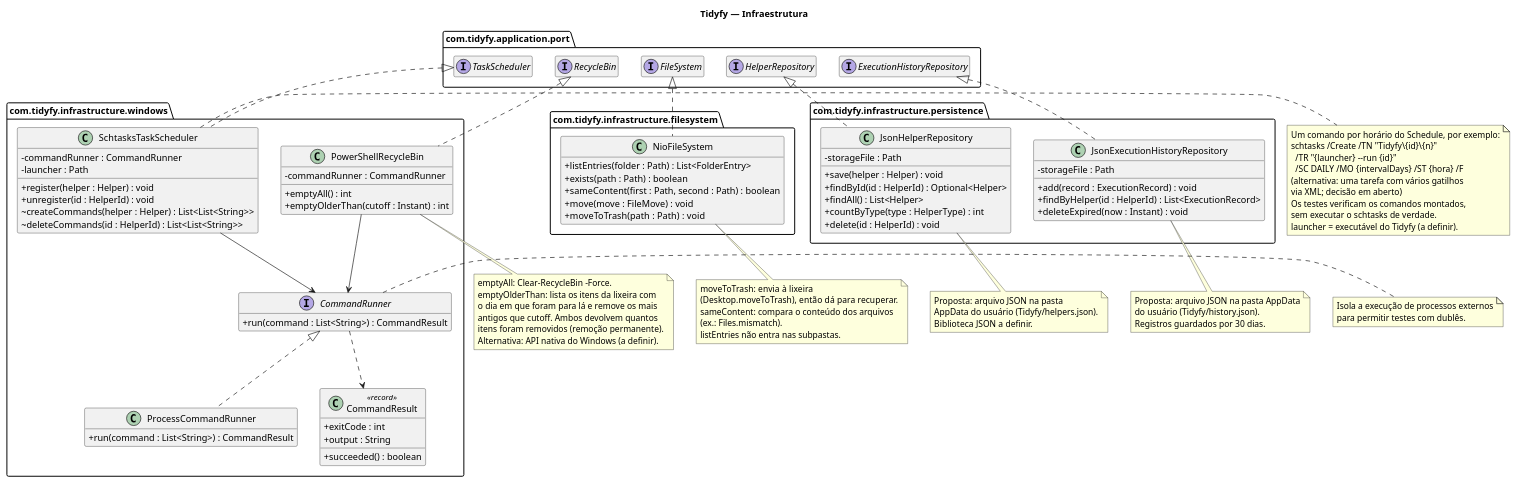
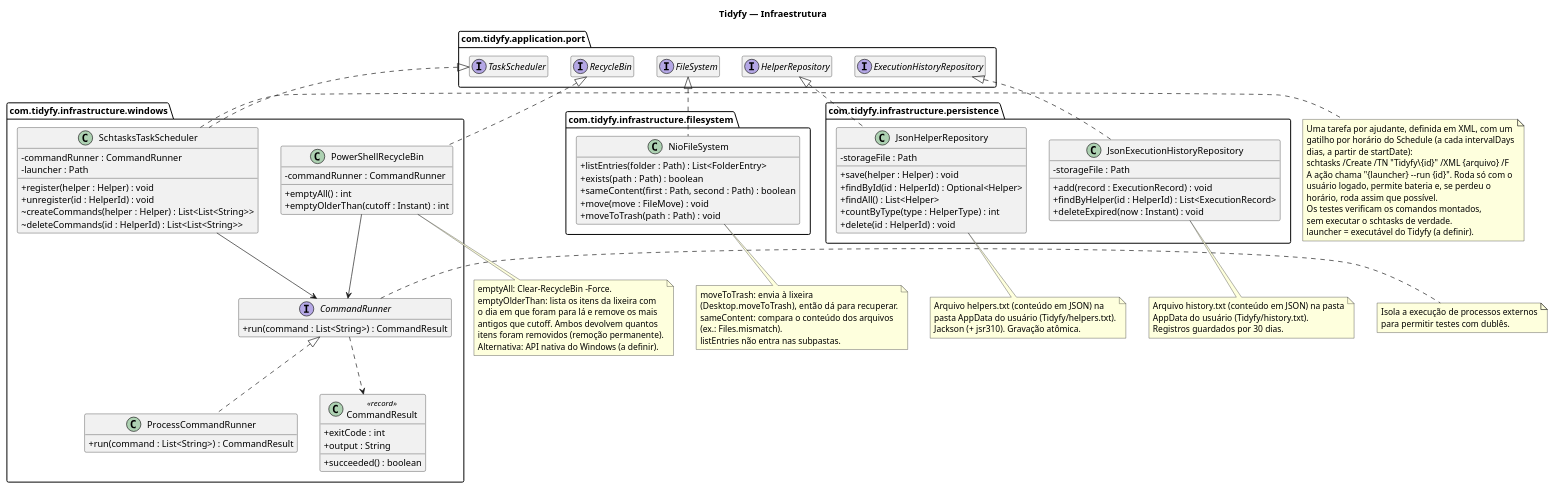
One commit to VitorLopesV/tidyfy changed the diagram in docs/diagrams/04-infrastructure.puml. Above: the diagram before and after it, drawn with PlantUML. The commit also changed 5 other files, not shown here.

```diff
--- a/docs/diagrams/04-infrastructure.puml
+++ b/docs/diagrams/04-infrastructure.puml
@@ -1,134 +1,135 @@
 @startuml infrastructure
 title Tidyfy — Infraestrutura
 
 skinparam shadowing false
 skinparam classAttributeIconSize 0
 set namespaceSeparator none
 hide empty members
 
 package "com.tidyfy.infrastructure.windows" {
 
   class SchtasksTaskScheduler {
     - commandRunner : CommandRunner
     - launcher : Path
     + register(helper : Helper) : void
     + unregister(id : HelperId) : void
     ~ createCommands(helper : Helper) : List<List<String>>
     ~ deleteCommands(id : HelperId) : List<List<String>>
   }
 
   class PowerShellRecycleBin {
     - commandRunner : CommandRunner
     + emptyAll() : int
     + emptyOlderThan(cutoff : Instant) : int
   }
 
   interface CommandRunner {
     + run(command : List<String>) : CommandResult
   }
 
   class ProcessCommandRunner {
     + run(command : List<String>) : CommandResult
   }
 
   class CommandResult <<record>> {
     + exitCode : int
     + output : String
     + succeeded() : boolean
   }
 }
 
 package "com.tidyfy.infrastructure.filesystem" {
   class NioFileSystem {
     + listEntries(folder : Path) : List<FolderEntry>
     + exists(path : Path) : boolean
     + sameContent(first : Path, second : Path) : boolean
     + move(move : FileMove) : void
     + moveToTrash(path : Path) : void
   }
 }
 
 package "com.tidyfy.infrastructure.persistence" {
   class JsonHelperRepository {
     - storageFile : Path
     + save(helper : Helper) : void
     + findById(id : HelperId) : Optional<Helper>
     + findAll() : List<Helper>
     + countByType(type : HelperType) : int
     + delete(id : HelperId) : void
   }
 
   class JsonExecutionHistoryRepository {
     - storageFile : Path
     + add(record : ExecutionRecord) : void
     + findByHelper(id : HelperId) : List<ExecutionRecord>
     + deleteExpired(now : Instant) : void
   }
 }
 
 package "com.tidyfy.application.port" {
   interface TaskScheduler
   interface RecycleBin
   interface FileSystem
   interface HelperRepository
   interface ExecutionHistoryRepository
 }
 
 TaskScheduler <|.. SchtasksTaskScheduler
 RecycleBin <|.. PowerShellRecycleBin
 FileSystem <|.. NioFileSystem
 HelperRepository <|.. JsonHelperRepository
 ExecutionHistoryRepository <|.. JsonExecutionHistoryRepository
 
 SchtasksTaskScheduler --> CommandRunner
 PowerShellRecycleBin --> CommandRunner
 CommandRunner <|.. ProcessCommandRunner
 CommandRunner ..> CommandResult
 
 note right of SchtasksTaskScheduler
-  Um comando por horário do Schedule, por exemplo:
-  schtasks /Create /TN "Tidyfy\{id}\{n}"
-    /TR "{launcher} --run {id}"
-    /SC DAILY /MO {intervalDays} /ST {hora} /F
-  (alternativa: uma tarefa com vários gatilhos
-  via XML; decisão em aberto)
+  Uma tarefa por ajudante, definida em XML, com um
+  gatilho por horário do Schedule (a cada intervalDays
+  dias, a partir de startDate):
+  schtasks /Create /TN "Tidyfy\{id}" /XML {arquivo} /F
+  A ação chama "{launcher} --run {id}". Roda só com o
+  usuário logado, permite bateria e, se perdeu o
+  horário, roda assim que possível.
   Os testes verificam os comandos montados,
   sem executar o schtasks de verdade.
   launcher = executável do Tidyfy (a definir).
 end note
 
 note right of CommandRunner
   Isola a execução de processos externos
   para permitir testes com dublês.
 end note
 
 note bottom of PowerShellRecycleBin
   emptyAll: Clear-RecycleBin -Force.
   emptyOlderThan: lista os itens da lixeira com
   o dia em que foram para lá e remove os mais
   antigos que cutoff. Ambos devolvem quantos
   itens foram removidos (remoção permanente).
   Alternativa: API nativa do Windows (a definir).
 end note
 
 note bottom of NioFileSystem
   moveToTrash: envia à lixeira
   (Desktop.moveToTrash), então dá para recuperar.
   sameContent: compara o conteúdo dos arquivos
   (ex.: Files.mismatch).
   listEntries não entra nas subpastas.
 end note
 
 note bottom of JsonHelperRepository
-  Proposta: arquivo JSON na pasta
-  AppData do usuário (Tidyfy/helpers.json).
-  Biblioteca JSON a definir.
+  Arquivo helpers.txt (conteúdo em JSON) na
+  pasta AppData do usuário (Tidyfy/helpers.txt).
+  Jackson (+ jsr310). Gravação atômica.
 end note
 
 note bottom of JsonExecutionHistoryRepository
-  Proposta: arquivo JSON na pasta AppData
-  do usuário (Tidyfy/history.json).
+  Arquivo history.txt (conteúdo em JSON) na pasta
+  AppData do usuário (Tidyfy/history.txt).
   Registros guardados por 30 dias.
 end note
 
 @enduml
```
